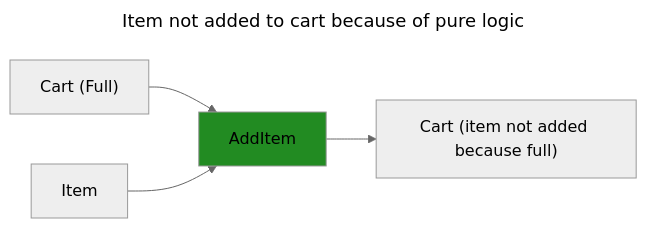
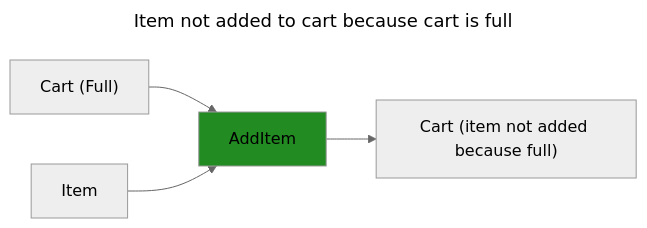
Before and after one commit to grierson/grierson: the third of 10 diagrams in structure.md, drawn with Mermaid (neutral theme). The commit also changed other lines of this file and 2 other files, not shown here.

````diff
--- a/structure.md
+++ b/structure.md
@@ -53,9 +53,9 @@
 ```mermaid
 ---
-title: Item not added to cart because of pure logic
+title: Item not added to cart because cart is full
 ---
 flowchart LR
   style AddItem fill:ForestGreen
   Cart["Cart (Full)"] --> AddItem
   Item --> AddItem --> CartResult["Cart (item not added because full)"]
 ```
````
